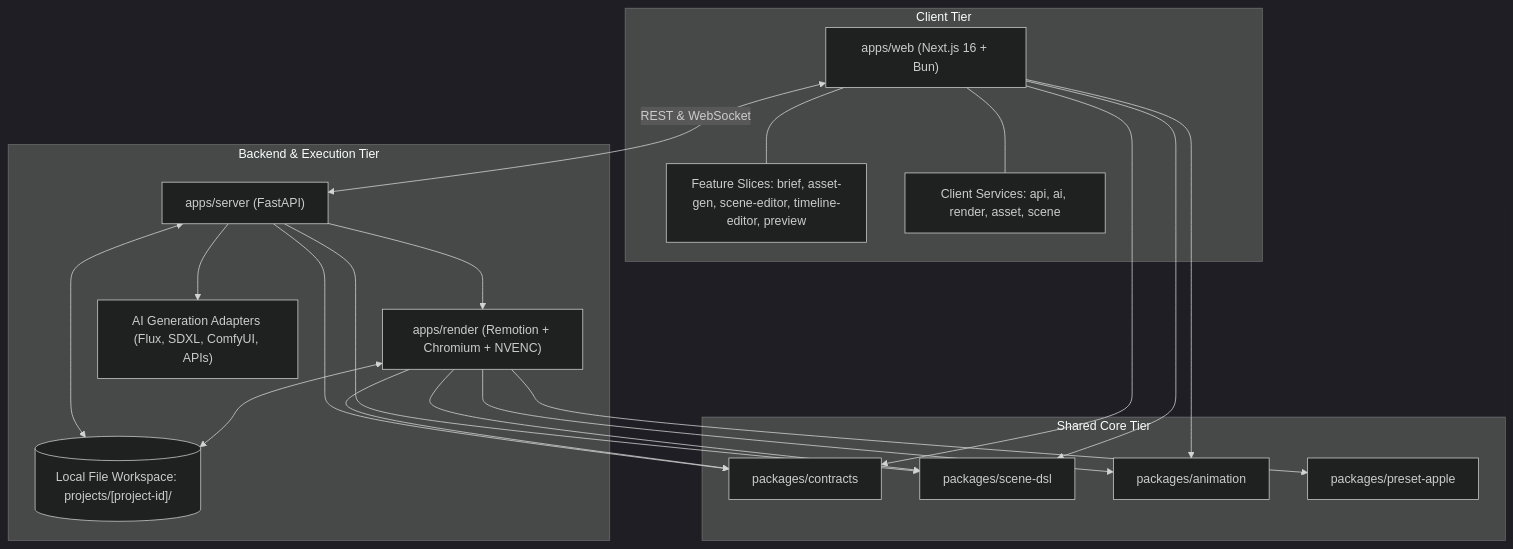
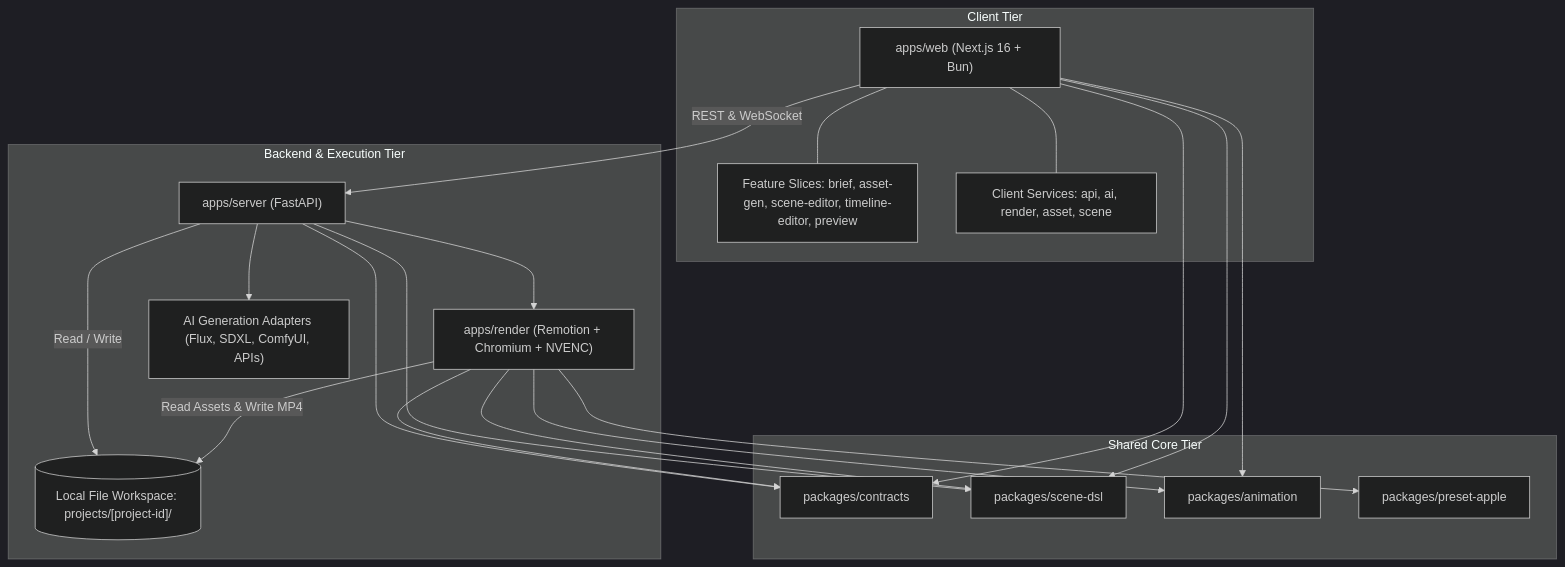
One commit to hoanglong2206/Video-Tool changed the second of 3 diagrams in PROJECT.md. Above: the diagram before and after it, drawn with Mermaid (dark theme). The commit also changed 5 other files, not shown here.

Commit message:
fix(docs): resolve mermaid diagram arrow syntax and node pairings for github renderer

````diff
--- a/PROJECT.md
+++ b/PROJECT.md
@@ -111,40 +111,40 @@
 ```mermaid
 graph TD
     subgraph ClientTier ["Client Tier"]
         Web["apps/web (Next.js 16 + Bun)"]
         WebFeatures["Feature Slices: brief, asset-gen, scene-editor, timeline-editor, preview"]
         WebServices["Client Services: api, ai, render, asset, scene"]
         Web --- WebFeatures
         Web --- WebServices
     end
 
     subgraph BackendTier ["Backend & Execution Tier"]
         Server["apps/server (FastAPI)"]
         ProjectsDir[("Local File Workspace: projects/[project-id]/")]
         RenderWorker["apps/render (Remotion + Chromium + NVENC)"]
         AI_Bridge["AI Generation Adapters (Flux, SDXL, ComfyUI, APIs)"]
     end
 
     subgraph SharedCoreTier ["Shared Core Tier"]
         Contracts["packages/contracts"]
         DSL["packages/scene-dsl"]
         Animation["packages/animation"]
         Presets["packages/preset-apple"]
     end
 
     Web --> Contracts
     Web --> DSL
     Web --> Animation
     Server --> Contracts
     Server --> DSL
     RenderWorker --> Contracts
     RenderWorker --> DSL
     RenderWorker --> Animation
     RenderWorker --> Presets
 
-    Web <-->|REST & WebSocket| Server
-    Server <--> ProjectsDir
+    Web -->|REST & WebSocket| Server
+    Server -->|Read / Write| ProjectsDir
     Server --> AI_Bridge
     Server --> RenderWorker
-    RenderWorker <--> ProjectsDir
+    RenderWorker -->|Read Assets & Write MP4| ProjectsDir
 ```
````
